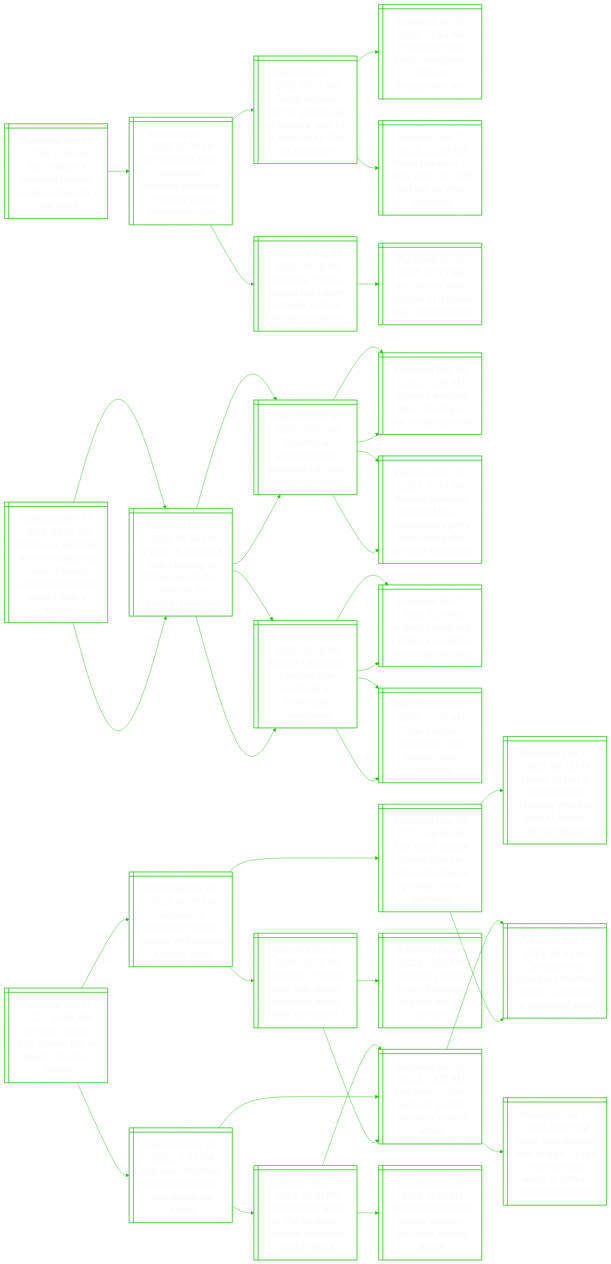
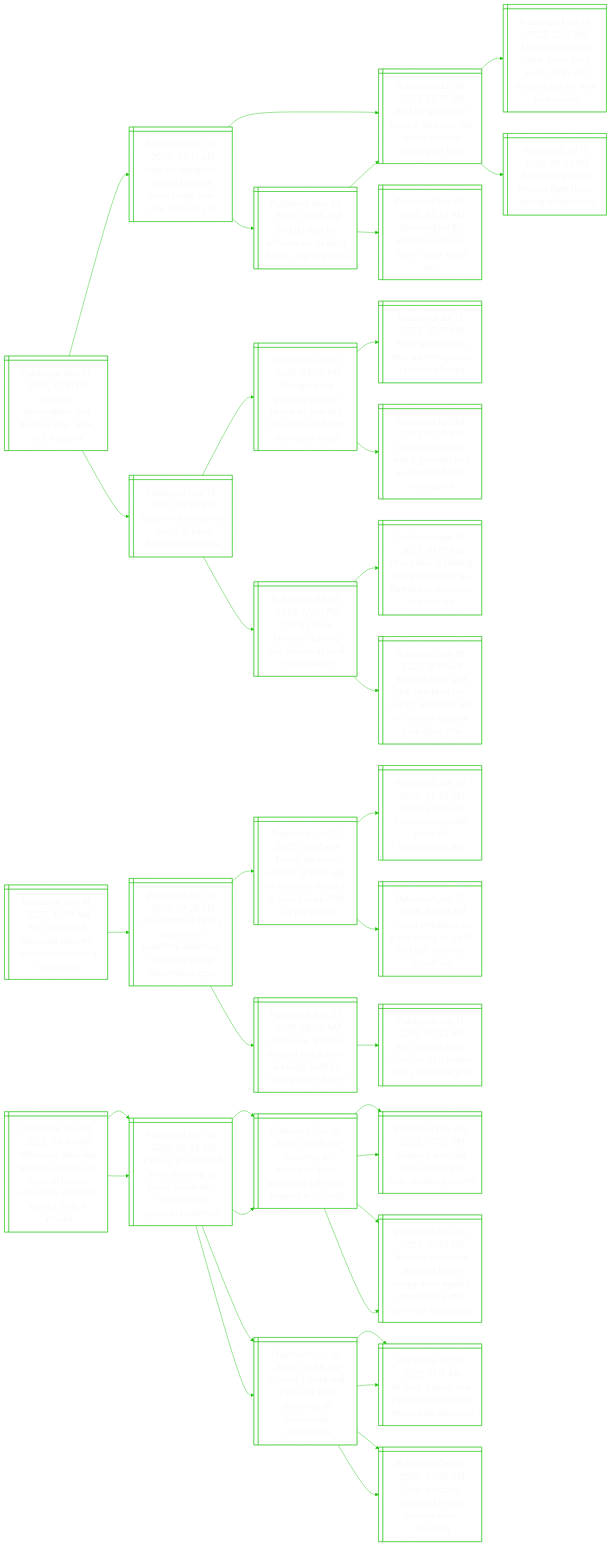
One commit to notJmes/notJmes changed the diagram in README.md. Above: the diagram before and after it, drawn with Mermaid. The commit also changed other lines of this file, not shown here.

````diff
--- a/README.md
+++ b/README.md
@@ -15,6 +15,52 @@
 %%{init: {'theme':'base', 'themeVariables': {'primaryColor': "transparent", 'primaryTextColor': "#F9F9F9", 'lineColor': "#20C20E", 'primaryBorderColor':'#20C20E'}}}%%
 flowchart LR
 classDef txtsize font-size:20px;
+
+Hrerrayody@{ shape: win-pane, label: "_Published Dec 14, 2025, 12:10 PM_
+Hungary winemakers fear disease may ‘wipe out’ industry" }
+Shurcmlovwal@{ shape: win-pane, label: "_Published Dec 14, 2025, 03:12 AM_
+‘stop the slaughter’: french farmers block roads over cow disease cull" }
+Bleprnewiir@{ shape: win-pane, label: "_Published Jul 30, 2025, 08:10 AM_
+Bird flu wiped out poultry, and now the screw worm is coming for beef" }
+Mogcessrougerw@{ shape: win-pane, label: "_Published May 14, 2025, 12:12 AM_
+Mexico to tighten cattle flows from south, rules out shutting border over screwworm" }
+SesMothnem@{ shape: win-pane, label: "_Published Jul 11, 2025, 09:53 PM_
+Sniffer dogs help mexico fight flesh-eating screwworm" }
+Blbboaaaet@{ shape: win-pane, label: "_Published Aug 05, 2025, 09:25 AM_
+Bird flu may be airborne on us dairy farms, say scientists" }
+Bleprnewiir@{ shape: win-pane, label: "_Published Jul 30, 2025, 08:10 AM_
+Bird flu wiped out poultry, and now the screw worm is coming for beef" }
+SdfronitSy@{ shape: win-pane, label: "_Published Feb 06, 2025, 05:33 AM_
+Second bird flu strain found in us dairy cattle, usda says" }
+Iaieenareis@{ shape: win-pane, label: "_Published Nov 14, 2025, 03:45 PM_
+Italian fruit detective racing to save forgotten varieties" }
+GiaereautostStn@{ shape: win-pane, label: "_Published Jul 18, 2025, 04:06 PM_
+Georgia’s tea growers work to revive an industry that collapsed with the soviet union" }
+FodfSgodln@{ shape: win-pane, label: "_Published Jul 13, 2025, 12:35 PM_
+Farm worker dies after us immigration raid in california" }
+LaanutipdMu@{ shape: win-pane, label: "_Published Apr 28, 2025, 02:15 PM_
+Lush landscapes and a gourmet trail in gippsland near melbourne" }
+Csasnverrat@{ shape: win-pane, label: "_Published Jul 09, 2025, 12:20 PM_
+China’s ‘new farmers’ learn to live-stream in rural revitalisation" }
+HifnspUmnooe@{ shape: win-pane, label: "_Published Apr 21, 2025, 01:01 AM_
+How china is finding ways to replace us farmers in response to trade war" }
+WoatorWainaakv@{ shape: win-pane, label: "_Published Jun 19, 2025, 11:01 AM_
+Want to howl and eat raw food for work? ‘wild man’ job in chinese national park goes viral" }
+
+Hrerrayody:::txtsize --> Shurcmlovwal:::txtsize
+Shurcmlovwal:::txtsize --> Bleprnewiir:::txtsize
+Bleprnewiir:::txtsize --> Mogcessrougerw:::txtsize
+Bleprnewiir:::txtsize --> SesMothnem:::txtsize
+Shurcmlovwal:::txtsize --> Blbboaaaet:::txtsize
+Blbboaaaet:::txtsize --> Bleprnewiir:::txtsize
+Blbboaaaet:::txtsize --> SdfronitSy:::txtsize
+Hrerrayody:::txtsize --> Iaieenareis:::txtsize
+Iaieenareis:::txtsize --> GiaereautostStn:::txtsize
+GiaereautostStn:::txtsize --> FodfSgodln:::txtsize
+GiaereautostStn:::txtsize --> LaanutipdMu:::txtsize
+Iaieenareis:::txtsize --> Csasnverrat:::txtsize
+Csasnverrat:::txtsize --> HifnspUmnooe:::txtsize
+Csasnverrat:::txtsize --> WoatorWainaakv:::txtsize
 
 Finpdnnoynm@{ shape: win-pane, label: "_Published Dec 14, 2025, 11:40 AM_
 For children of deported parents, lonely journeys to a new home" }
@@ -84,50 +130,4 @@
 Asdndrtaspii:::txtsize --> Asddweissi:::txtsize
 Asdndrtaspii:::txtsize --> Odweadaog:::txtsize
 
-Gnsilttarak@{ shape: win-pane, label: "_Published Dec 14, 2025, 09:30 AM_
-Germany says it foils islamist plot to attack christmas market" }
-Gnrakresnuc@{ shape: win-pane, label: "_Published Nov 25, 2025, 09:26 PM_
-Germany’s christmas markets grapple with soaring security costs" }
-Gnhfedraaale@{ shape: win-pane, label: "_Published Dec 21, 2024, 02:25 PM_
-Germany in shock after new deadly christmas attack; death toll rises to 5" }
-Trsoomrakt@{ shape: win-pane, label: "_Published Dec 21, 2024, 09:15 AM_
-‘torn from my side’: horror of german christmas market attack" }
-Gnhifcoslo@{ shape: win-pane, label: "_Published Dec 11, 2024, 11:03 PM_
-Germany’s scholz kicks off process towards feb 23 elections" }
-Tlelrtrirnaynm@{ shape: win-pane, label: "_Published Mar 03, 2025, 08:55 PM_
-Two killed, several injured after car rams into crowd in german city of mannheim" }
-CinoCtaimneak@{ shape: win-pane, label: "_Published Dec 21, 2024, 03:42 AM_
-Car drives into crowd at christmas market in germany, in suspected attack" }
-Nyipdagcubeac@{ shape: win-pane, label: "_Published Feb 13, 2025, 06:14 PM_
-Nearly 30 hurt in suspected car ramming attack in munich before german election" }
-Gnsmtsadyt@{ shape: win-pane, label: "_Published Nov 20, 2025, 11:33 PM_
-German christmas market opens year after deadly car attack" }
-Trsoomrakt@{ shape: win-pane, label: "_Published Dec 21, 2024, 09:15 AM_
-‘torn from my side’: horror of german christmas market attack" }
-SmrdralnagceCta@{ shape: win-pane, label: "_Published Dec 21, 2024, 06:01 AM_
-Saudi man arrested after at least 2 killed in car ramming attack at german christmas market" }
-CinoCtaimneak@{ shape: win-pane, label: "_Published Dec 21, 2024, 03:42 AM_
-Car drives into crowd at christmas market in germany, in suspected attack" }
-Sdroadyaisea@{ shape: win-pane, label: "_Published Nov 10, 2025, 03:16 PM_
-Saudi doctor goes on trial for deadly german christmas market attack" }
-Trsoomrakt@{ shape: win-pane, label: "_Published Dec 21, 2024, 09:15 AM_
-‘torn from my side’: horror of german christmas market attack" }
-Scerlmrakt@{ shape: win-pane, label: "_Published Aug 19, 2025, 11:00 PM_
-Saudi charged over deadly german christmas market attack" }
-
-Gnsilttarak:::txtsize --> Gnrakresnuc:::txtsize
-Gnrakresnuc:::txtsize --> Gnhfedraaale:::txtsize
-Gnhfedraaale:::txtsize --> Trsoomrakt:::txtsize
-Gnhfedraaale:::txtsize --> Gnhifcoslo:::txtsize
-Gnrakresnuc:::txtsize --> Tlelrtrirnaynm:::txtsize
-Tlelrtrirnaynm:::txtsize --> CinoCtaimneak:::txtsize
-Tlelrtrirnaynm:::txtsize --> Nyipdagcubeac:::txtsize
-Gnsilttarak:::txtsize --> Gnsmtsadyt:::txtsize
-Gnsmtsadyt:::txtsize --> Trsoomrakt:::txtsize
-Trsoomrakt:::txtsize --> SmrdralnagceCta:::txtsize
-Trsoomrakt:::txtsize --> CinoCtaimneak:::txtsize
-Gnsmtsadyt:::txtsize --> Sdroadyaisea:::txtsize
-Sdroadyaisea:::txtsize --> Trsoomrakt:::txtsize
-Sdroadyaisea:::txtsize --> Scerlmrakt:::txtsize
-
 ```
````
